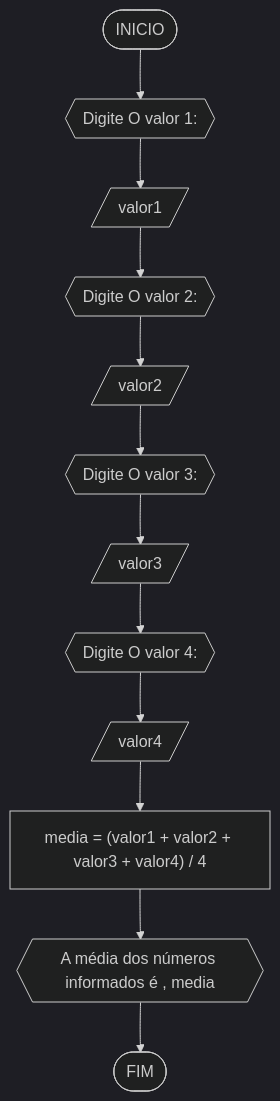
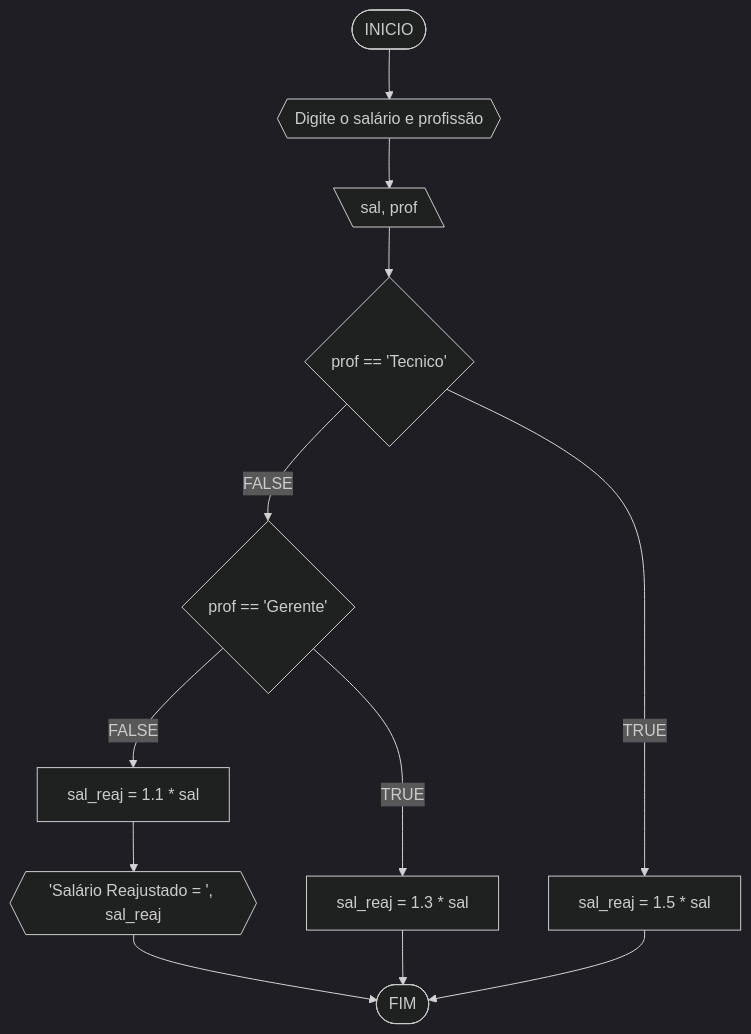
One commit to majuss8/ads-unifor changed the first of 5 diagrams in RaciocinioLogicoAlgoritmico/lista_exercicios2.md. Above: the diagram before and after it, drawn with Mermaid (dark theme). The commit also changed other lines of this file, not shown here.

````diff
--- a/RaciocinioLogicoAlgoritmico/lista_exercicios2.md
+++ b/RaciocinioLogicoAlgoritmico/lista_exercicios2.md
@@ -6,14 +10,14 @@
 ```mermaid
 flowchart TD
-A([INICIO]) --> B{{Digite O valor 1: }}
-B --> C[/valor1/]
-C --> D{{Digite O valor 2: }}
-D --> E[/valor2/]
-E --> F{{Digite O valor 3: }}
-F --> G[/valor3/]
-G --> H{{Digite O valor 4: }}
-H --> I[/valor4/]
-I --> J["media = (valor1 + valor2 + valor3 + valor4) / 4"]
-J --> Q{{"A média dos números informados é ", media}}
-Q --> K([FIM])
+A([INICIO]) --> B{{Digite o salário e profissão}}
+B --> C[\sal, prof\]
+C --> D{prof == 'Tecnico'}
+D --FALSE--> E{prof == 'Gerente'}
+D --TRUE--> F[sal_reaj = 1.5 * sal]
+E --FALSE--> H[sal_reaj = 1.1 * sal]
+E --TRUE--> G[sal_reaj = 1.3 * sal]
+G --> I([FIM])
+F --> I
+H --> J{{'Salário Reajustado = ', sal_reaj}}
+J --> I
 ```
````
